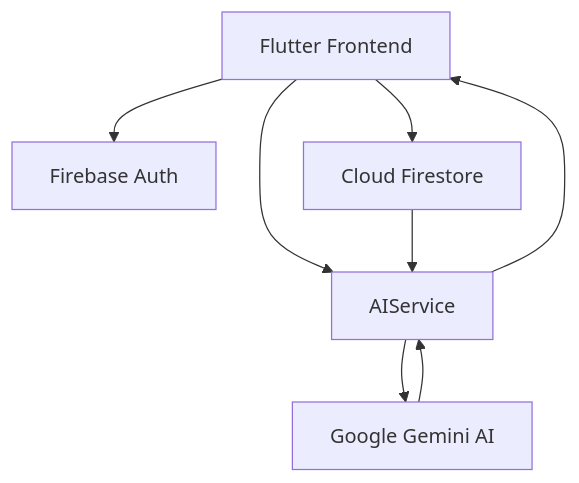
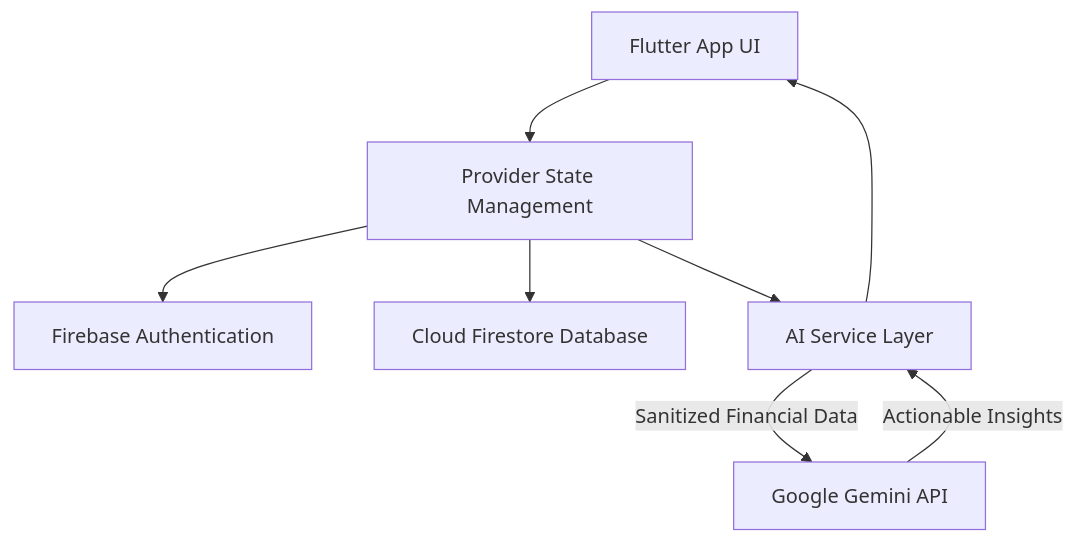
One commit to SirLance007/ai_finance_manager changed the diagram in README.md. Above: the diagram before and after it, drawn with Mermaid. The commit also changed other lines of this file, not shown here.

````diff
--- a/README.md
+++ b/README.md
@@ -41,10 +64,10 @@
 ```mermaid
 graph TD
-    A[Flutter Frontend] --> B[Firebase Auth]
-    A --> C[Cloud Firestore]
-    A --> D[AIService]
-    D --> E[Google Gemini AI]
-    C --> D
-    E --> D
-    D --> A
+    A[Flutter App UI] --> B[Provider State Management]
+    B --> C[Firebase Authentication]
+    B --> D[Cloud Firestore Database]
+    B --> E[AI Service Layer]
+    E -- "Sanitized Financial Data" --> F[Google Gemini API]
+    F -- "Actionable Insights" --> E
+    E --> A
 ```
````
